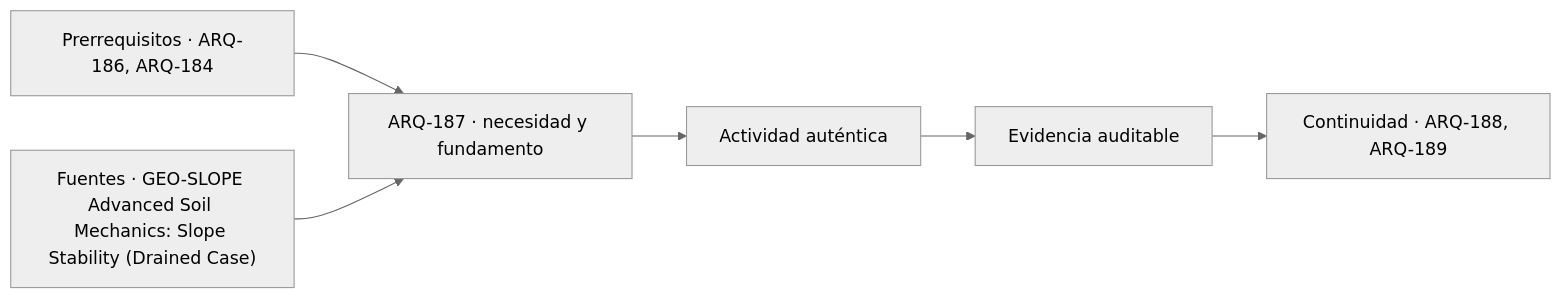
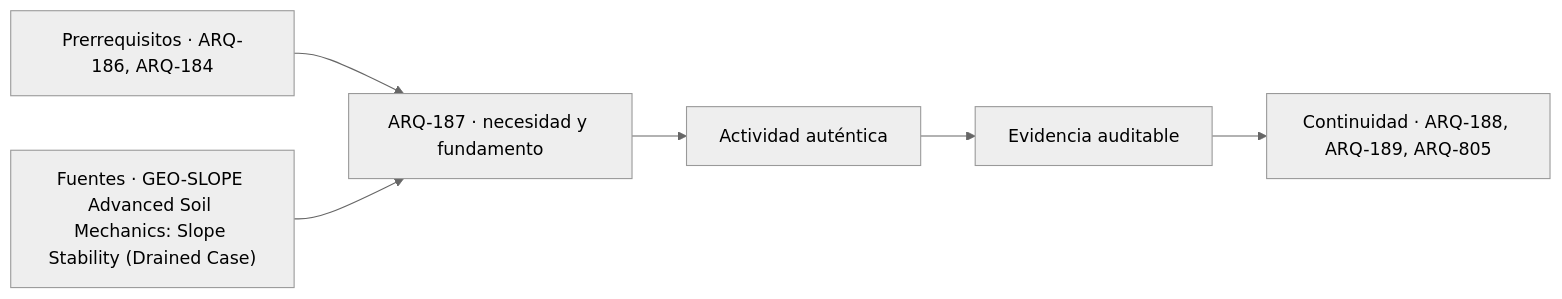
One commit to vladimiracunadev-create/architecture-built-environment-learning-program changed the diagram in classes/parte-19/ARQ-187.md. Above: the diagram before and after it, drawn with Mermaid (neutral theme). The commit also changed other lines of this file and 234 other files, not shown here.

````diff
--- a/classes/parte-19/ARQ-187.md
+++ b/classes/parte-19/ARQ-187.md
@@ -127,8 +127,8 @@
 ```mermaid
 flowchart LR
     A["Prerrequisitos · ARQ-186, ARQ-184"] --> B["ARQ-187 · necesidad y fundamento"]
     S["Fuentes · GEO-SLOPE Advanced Soil Mechanics: Slope Stability (Drained Case)"] --> B
     B --> C["Actividad auténtica"]
     C --> D["Evidencia auditable"]
-    D --> E["Continuidad · ARQ-188, ARQ-189"]
+    D --> E["Continuidad · ARQ-188, ARQ-189, ARQ-805"]
 ```
````
